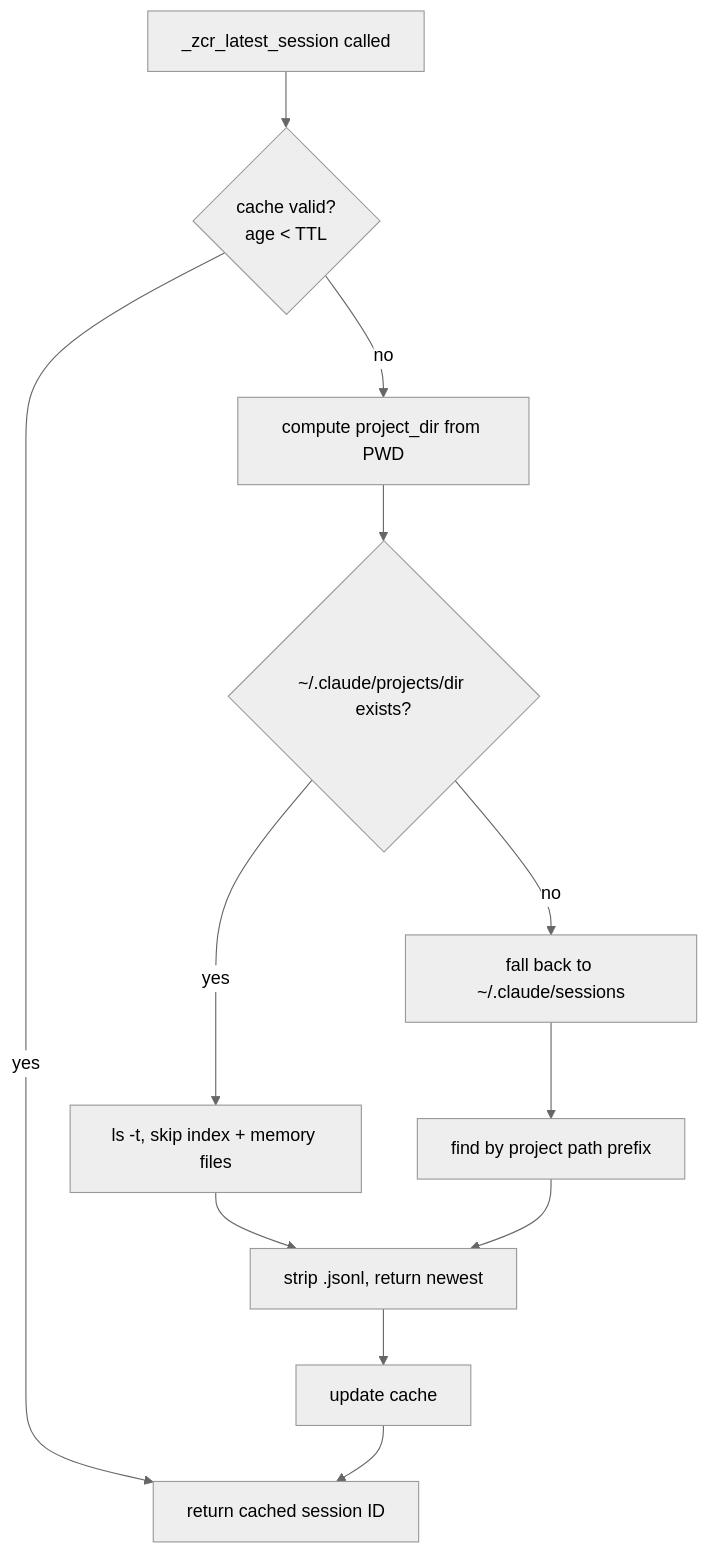
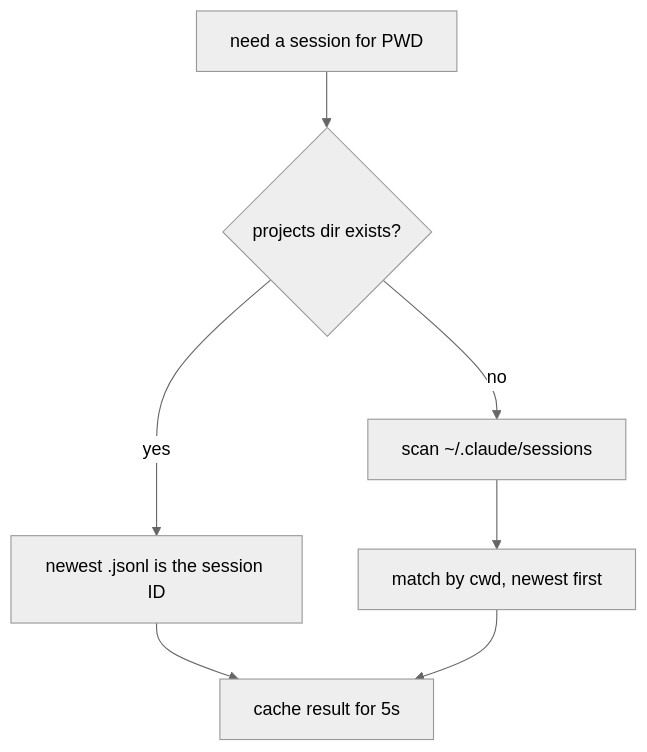
One commit to cuongtranba/trancuong.me changed the second of 2 diagrams in src/content/posts/zsh-claude-resume.md. Above: the diagram before and after it, drawn with Mermaid (neutral theme). The commit also changed other lines of this file and 3 other files, not shown here.

````diff
--- a/src/content/posts/zsh-claude-resume.md
+++ b/src/content/posts/zsh-claude-resume.md
@@ -81,14 +66,9 @@
 ```mermaid
 flowchart TD
-  A[_zcr_latest_session called] --> B{cache valid?\nage < TTL}
-  B -- yes --> C[return cached session ID]
-  B -- no --> D[compute project_dir from PWD]
-  D --> E{~/.claude/projects/dir exists?}
-  E -- yes --> F[ls -t, skip index + memory files]
-  F --> G[strip .jsonl, return newest]
-  E -- no --> H[fall back to ~/.claude/sessions]
-  H --> I[find by project path prefix]
-  I --> G
-  G --> J[update cache]
-  J --> C
+  Start[need a session for PWD] --> P{projects dir exists?}
+  P -- yes --> J[newest .jsonl is the session ID]
+  P -- no --> S[scan ~/.claude/sessions]
+  S --> M[match by cwd, newest first]
+  J --> Cache[cache result for 5s]
+  M --> Cache
 ```
````
